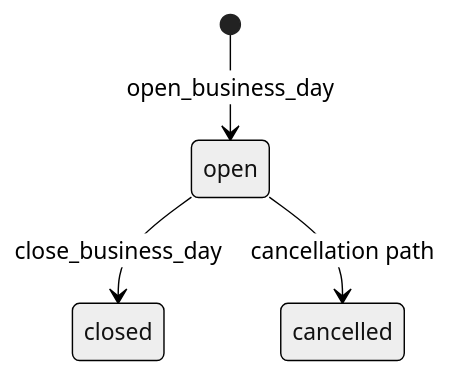
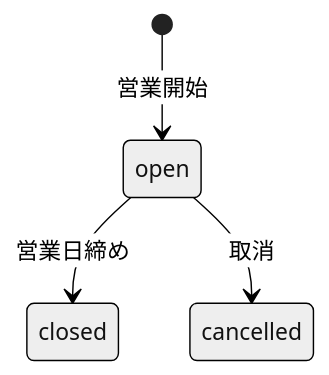
The second of 3 diagrams in ProsperApp/docs/system-specification.md (mutuki4245-a11y/ProsperApp-review), drawn with Mermaid (neutral theme) before and after one commit. The commit also changed other lines of this file and 19 other files, not shown here.

````diff
--- a/ProsperApp/docs/system-specification.md
+++ b/ProsperApp/docs/system-specification.md
@@ -170,6 +286,6 @@
 ```mermaid
 stateDiagram-v2
-    [*] --> open: open_business_day
-    open --> closed: close_business_day
-    open --> cancelled: cancellation path
+    [*] --> open: 営業開始
+    open --> closed: 営業日締め
+    open --> cancelled: 取消
 ```
````
